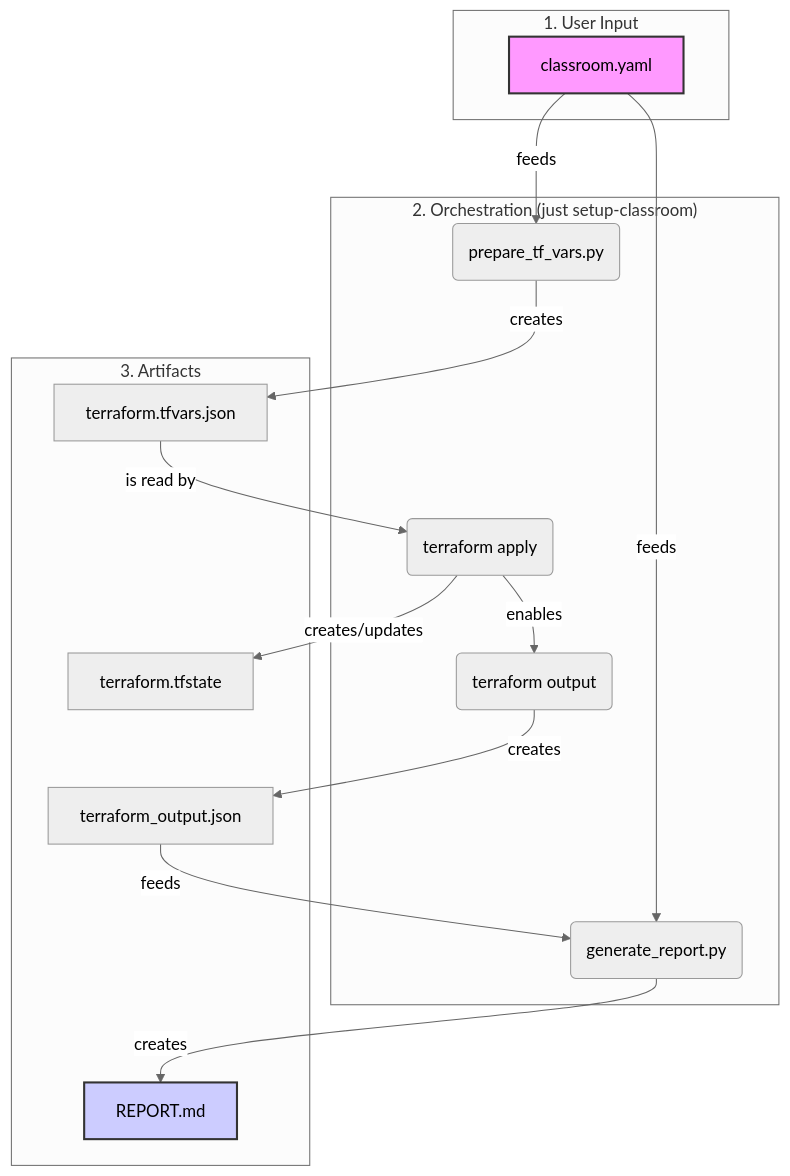
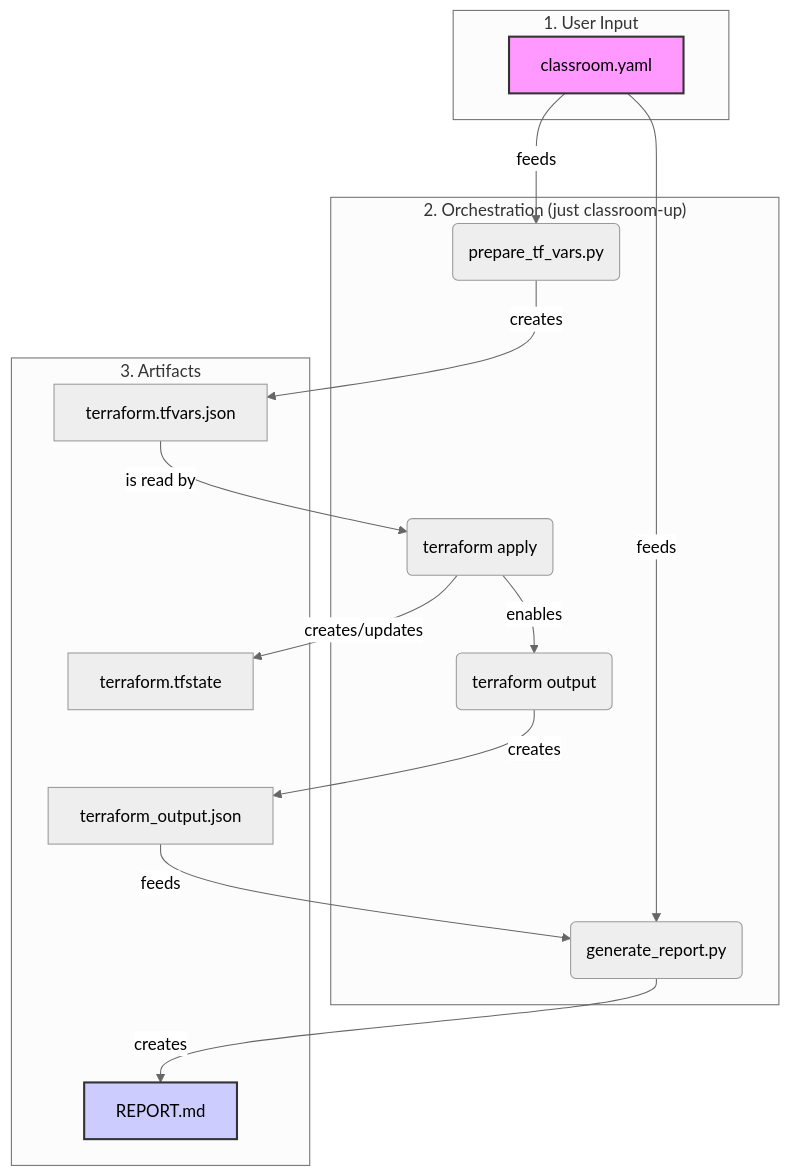
One commit to Friends-of-Ricc/sandmold changed the diagram in iac/terraform/README.md. Above: the diagram before and after it, drawn with Mermaid (neutral theme). The commit also changed other lines of this file and 7 other files, not shown here.

````diff
--- a/iac/terraform/README.md
+++ b/iac/terraform/README.md
@@ -13,33 +13,33 @@
 ```mermaid
 graph TD
     subgraph "1. User Input"
         A[classroom.yaml]
     end
 
-    subgraph "2. Orchestration (just setup-classroom)"
+    subgraph "2. Orchestration (just classroom-up)"
         B(prepare_tf_vars.py)
         C(terraform apply)
         D(terraform output)
         E(generate_report.py)
     end
 
     subgraph "3. Artifacts"
         F[terraform.tfvars.json]
         G[terraform.tfstate]
         H[terraform_output.json]
         I[REPORT.md]
     end
 
     A -- feeds --> B
     B -- creates --> F
     F -- is read by --> C
     C -- creates/updates --> G
     C -- enables --> D
     D -- creates --> H
     A -- feeds --> E
     H -- feeds --> E
     E -- creates --> I
 
     style A fill:#f9f,stroke:#333,stroke-width:2px
     style I fill:#ccf,stroke:#333,stroke-width:2px
 ```
````
